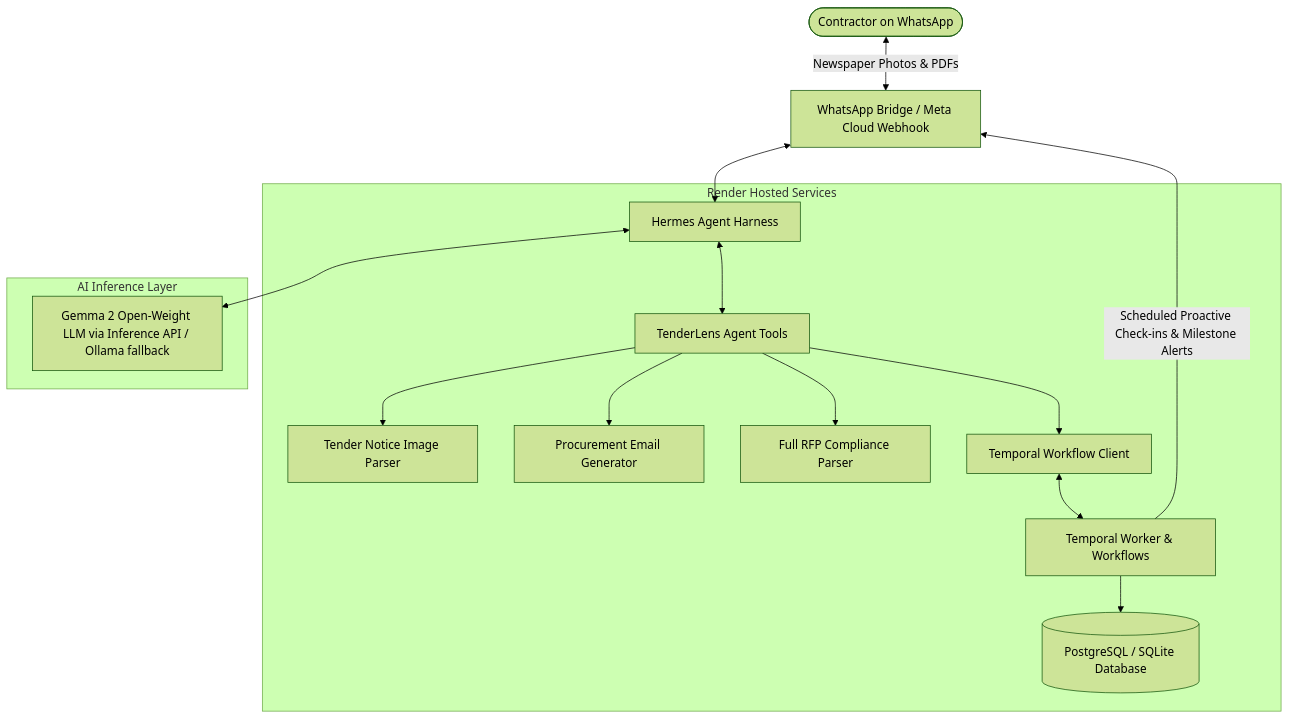
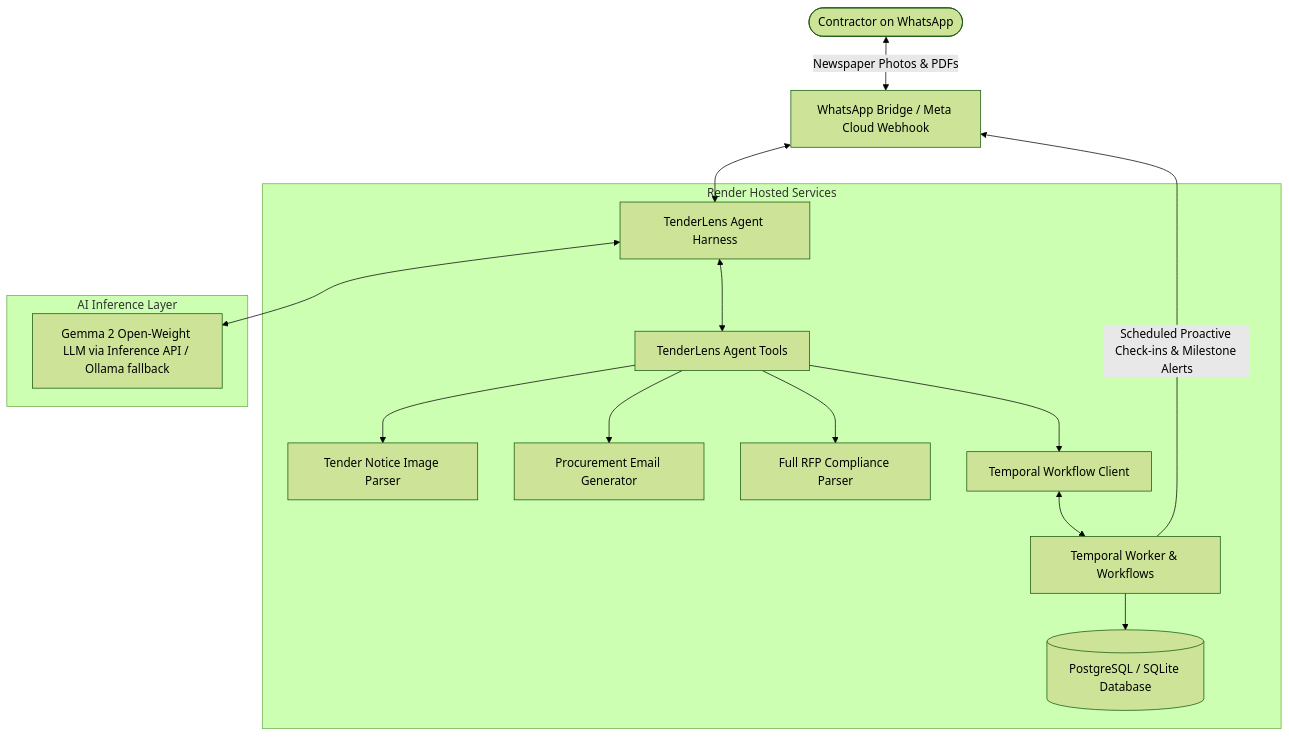
One commit to AnthonyASBaptiste/tenderlens changed the diagram in README.md. Above: the diagram before and after it, drawn with Mermaid (forest theme). The commit also changed 5 other files, not shown here.

Commit message:
fix(agent): rename hermes_runner to tender_agent and expand VAT & upload link intents

````diff
--- a/README.md
+++ b/README.md
@@ -44,22 +44,22 @@
 ```mermaid
 graph TD
     User([Contractor on WhatsApp]) <-->|Newspaper Photos & PDFs| Bridge[WhatsApp Bridge / Meta Cloud Webhook]
-    Bridge <--> Agent[Hermes Agent Harness]
+    Bridge <--> Agent[TenderLens Agent Harness]
     
     subgraph Core Engine [Render Hosted Services]
         Agent <--> Tools[TenderLens Agent Tools]
         Tools --> AdParser[Tender Notice Image Parser]
         Tools --> EmailDrafter[Procurement Email Generator]
         Tools --> PDFParser[Full RFP Compliance Parser]
         Tools --> TemporalClient[Temporal Workflow Client]
         
         TemporalClient <--> TemporalWorker[Temporal Worker & Workflows]
         TemporalWorker --> DB[(PostgreSQL / SQLite Database)]
     end
     
     subgraph AI Inference Layer
         Agent <--> Gemma[Gemma 2 Open-Weight LLM via Inference API / Ollama fallback]
     end
     
     TemporalWorker -->|Scheduled Proactive Check-ins & Milestone Alerts| Bridge
 ```
````
